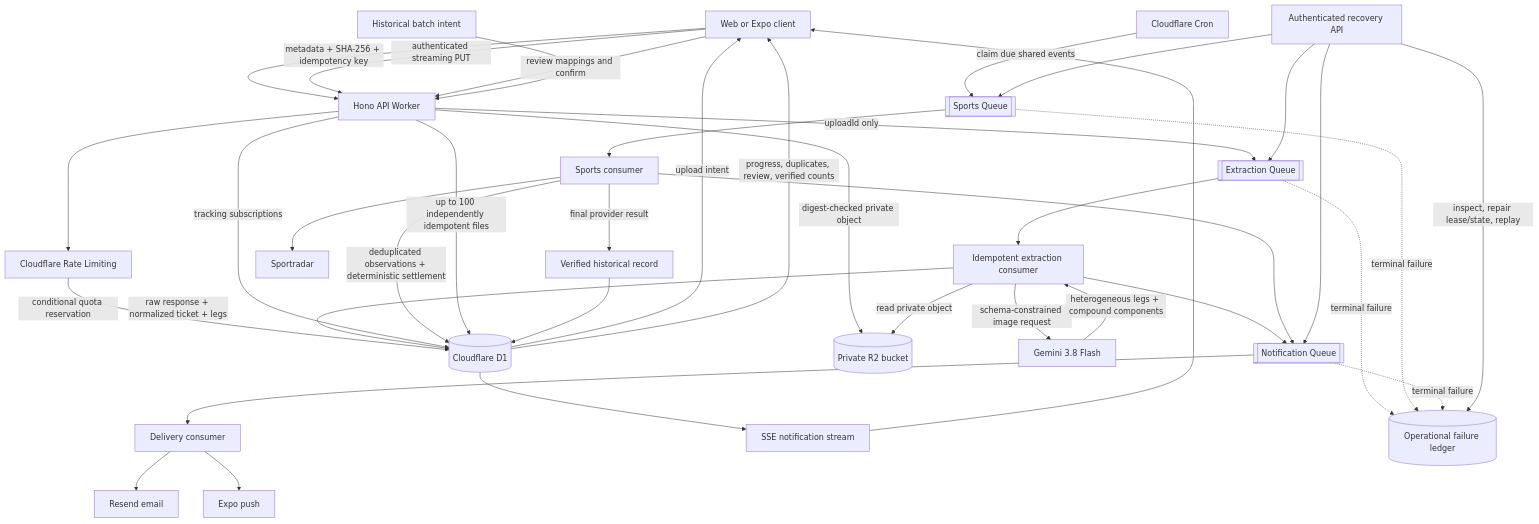
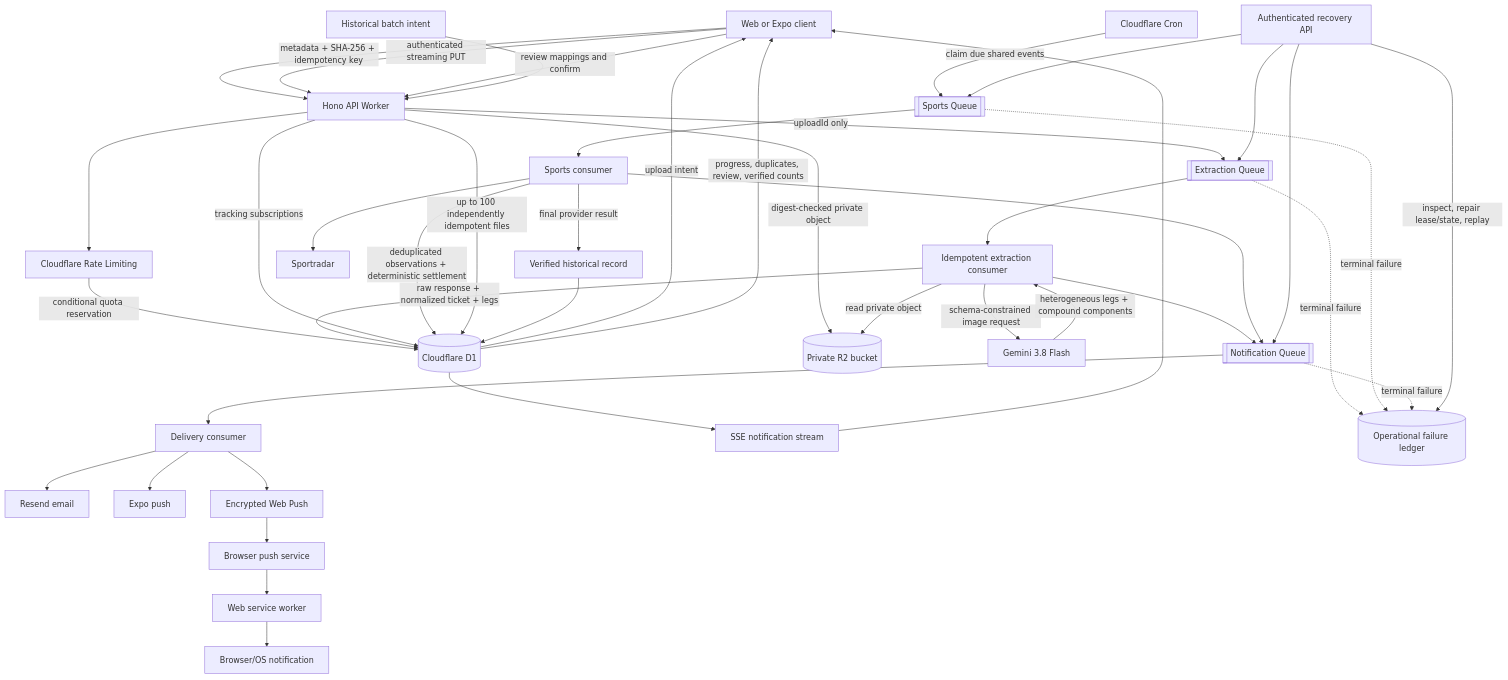
One commit to Rocktown-Labs/ppal changed the diagram in docs/upload-processing-architecture.md. Above: the diagram before and after it, drawn with Mermaid. The commit also changed other lines of this file and 20 other files, not shown here.

Commit message:
feat(notifications): wire dashboard SSE and browser push

````diff
--- a/docs/upload-processing-architecture.md
+++ b/docs/upload-processing-architecture.md
@@ -5,44 +5,48 @@
 ```mermaid
 flowchart TD
   Client[Web or Expo client] -->|metadata + SHA-256 + idempotency key| API[Hono API Worker]
   API --> Rate[Cloudflare Rate Limiting]
   Rate -->|conditional quota reservation| D1[(Cloudflare D1)]
   D1 -->|upload intent| Client
   Client -->|authenticated streaming PUT| API
   API -->|digest-checked private object| R2[(Private R2 bucket)]
   API -->|uploadId only| ExtractQ[[Extraction Queue]]
 
   ExtractQ --> Extract[Idempotent extraction consumer]
   Extract -->|read private object| R2
   Extract -->|schema-constrained image request| Gemini[Gemini 3.8 Flash]
   Gemini -->|heterogeneous legs + compound components| Extract
   Extract -->|raw response + normalized ticket + legs| D1
   Extract --> NotifyQ[[Notification Queue]]
   NotifyQ --> Delivery[Delivery consumer]
   Delivery --> Resend[Resend email]
   Delivery --> Expo[Expo push]
+  Delivery --> WebPush[Encrypted Web Push]
+  WebPush --> PushService[Browser push service]
+  PushService --> SW[Web service worker]
+  SW --> OS[Browser/OS notification]
   D1 --> SSE[SSE notification stream]
   SSE --> Client
 
   Client -->|review mappings and confirm| API
   API -->|tracking subscriptions| D1
   Cron[Cloudflare Cron] -->|claim due shared events| SportsQ[[Sports Queue]]
   SportsQ --> Sports[Sports consumer]
   Sports --> Sportradar[Sportradar]
   Sports -->|deduplicated observations + deterministic settlement| D1
   Sports --> NotifyQ
 
   ExtractQ -. terminal failure .-> Failure[(Operational failure ledger)]
   SportsQ -. terminal failure .-> Failure
   NotifyQ -. terminal failure .-> Failure
   Ops[Authenticated recovery API] -->|inspect, repair lease/state, replay| Failure
   Ops --> ExtractQ
   Ops --> SportsQ
   Ops --> NotifyQ
 
   Batch[Historical batch intent] --> API
   API -->|up to 100 independently idempotent files| D1
   D1 -->|progress, duplicates, review, verified counts| Client
   Sports -->|final provider result| Verify[Verified historical record]
   Verify --> D1
 ```
````
